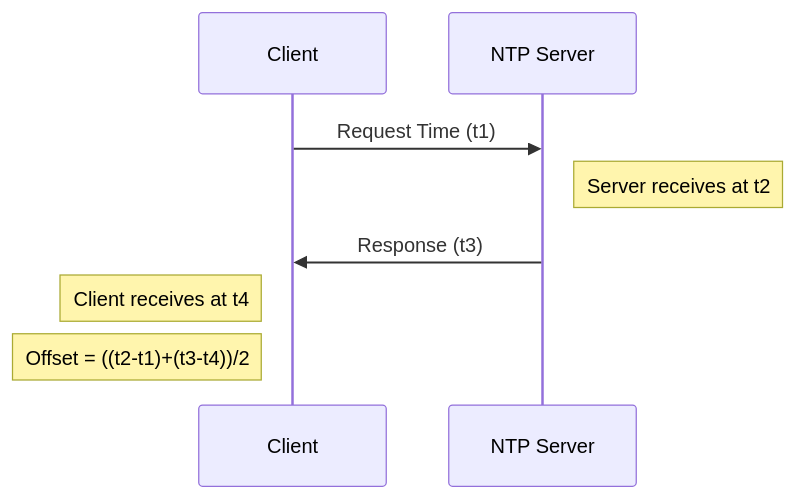
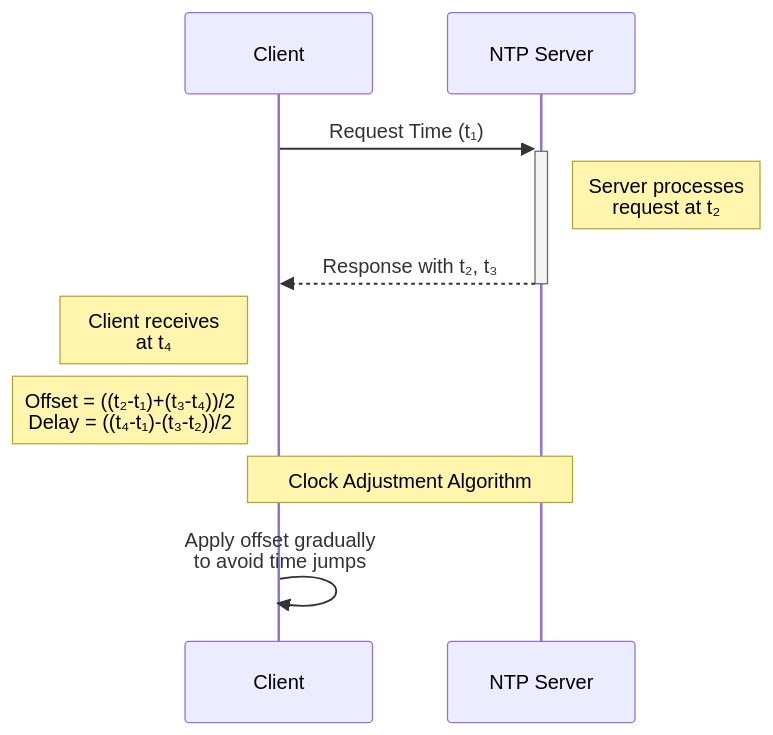
One commit to Asim-Shah-2004/Distributed_Computing changed the fourth of 8 diagrams in README.md. Above: the diagram before and after it, drawn with Mermaid. The commit also changed other lines of this file, not shown here.

````diff
--- a/README.md
+++ b/README.md
@@ -55,10 +147,13 @@
 ```mermaid
 sequenceDiagram
     participant C as Client
     participant S as NTP Server
-    C->>S: Request Time (t1)
-    Note right of S: Server receives at t2
-    S->>C: Response (t3)
-    Note left of C: Client receives at t4
-    Note left of C: Offset = ((t2-t1)+(t3-t4))/2
+    C->>+S: Request Time (t₁)
+    Note right of S: Server processes<br>request at t₂
+    S-->>-C: Response with t₂, t₃
+    Note left of C: Client receives<br>at t₄
+    Note left of C: Offset = ((t₂-t₁)+(t₃-t₄))/2<br>Delay = ((t₄-t₁)-(t₃-t₂))/2
+    
+    Note over C,S: Clock Adjustment Algorithm
+    C->>C: Apply offset gradually<br>to avoid time jumps
 ```
````
